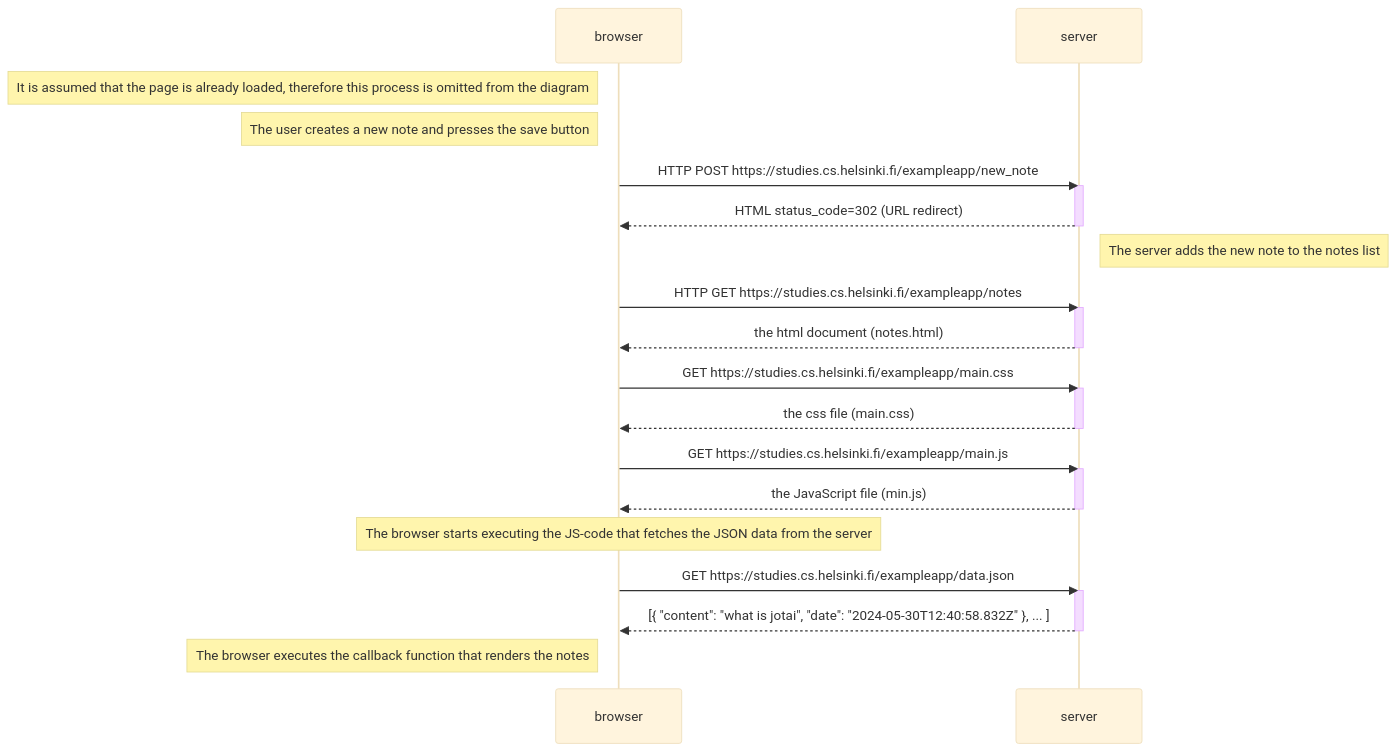
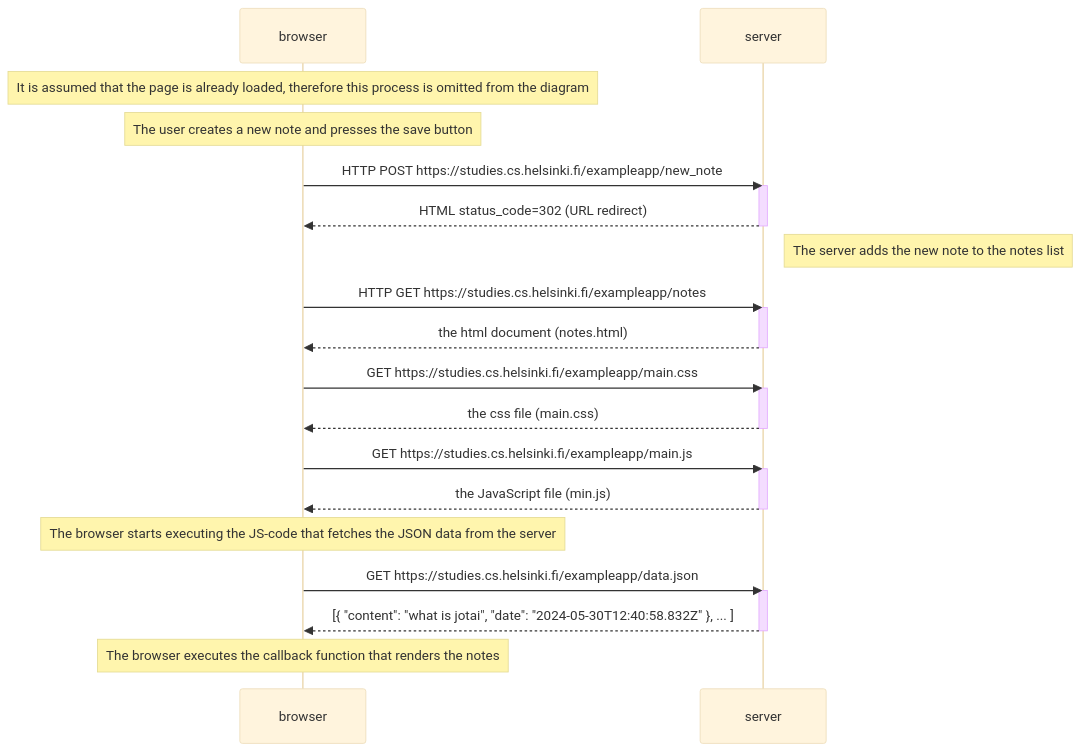
Before and after one commit to Sebasvasquezz/Fullstack_Exercises: the diagram in Part 0/0.4_Nuevo_diagrama_de_nota.md, drawn with Mermaid (base theme).

Commit message:
Part 0 Exercise 0.4

````diff
--- a/Part 0/0.4_Nuevo_diagrama_de_nota.md
+++ b/Part 0/0.4_Nuevo_diagrama_de_nota.md
@@ -1,39 +1,39 @@
 ```mermaid
 sequenceDiagram
     participant browser
     participant server
 
-    Note left of browser: It is assumed that the page is already loaded, therefore this process is omitted from the diagram
-    Note left of browser: The user creates a new note and presses the save button
+    Note over browser: It is assumed that the page is already loaded, therefore this process is omitted from the diagram
+    Note over browser: The user creates a new note and presses the save button
 
     browser->>server: HTTP POST https://studies.cs.helsinki.fi/exampleapp/new_note
     activate server
     server-->>browser: HTML status_code=302 (URL redirect)
     deactivate server
 
     Note right of server: The server adds the new note to the notes list
 
     browser->>server: HTTP GET https://studies.cs.helsinki.fi/exampleapp/notes
     activate server
     server-->>browser: the html document (notes.html)
     deactivate server
 
     browser->>server: GET https://studies.cs.helsinki.fi/exampleapp/main.css
     activate server
     server-->>browser: the css file (main.css)
     deactivate server
 
     browser->>server: GET https://studies.cs.helsinki.fi/exampleapp/main.js
     activate server
     server-->>browser: the JavaScript file (min.js)
     deactivate server
 
     Note over browser: The browser starts executing the JS-code that fetches the JSON data from the server
 
     browser->>server: GET https://studies.cs.helsinki.fi/exampleapp/data.json
     activate server
     server-->>browser: [{ "content": "what is jotai", "date": "2024-05-30T12:40:58.832Z" }, ... ]
     deactivate server
 
-    Note left of browser: The browser executes the callback function that renders the notes
+    Note over browser: The browser executes the callback function that renders the notes
 ```
````
